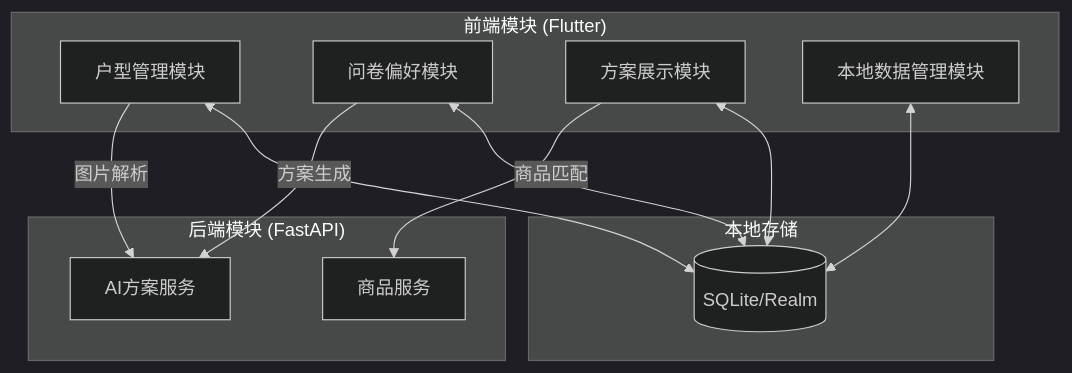
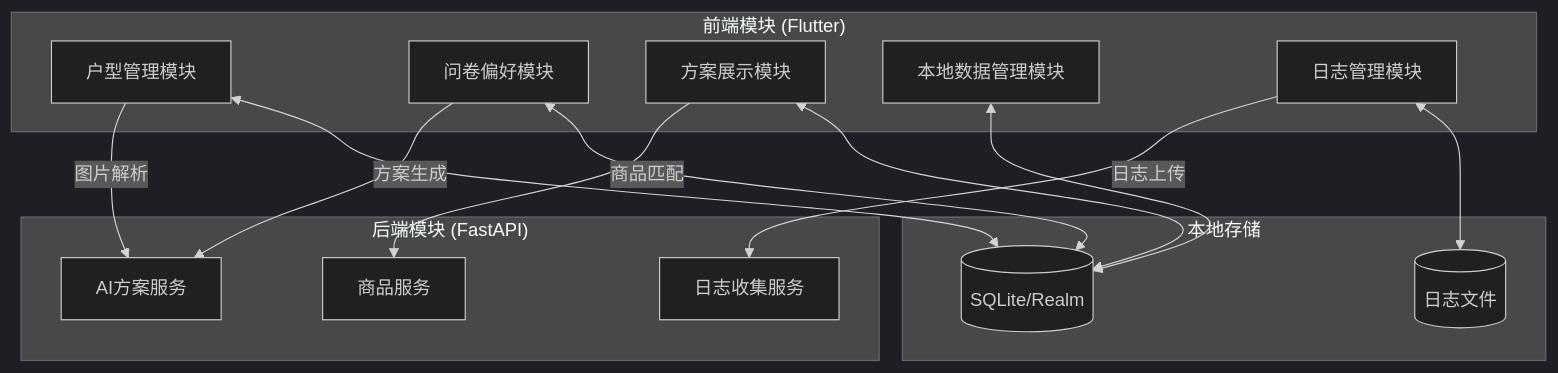
The second of 7 diagrams in docs/ARCH/ARCHITECTURE.md (Blanceone/smart-home), drawn with Mermaid (dark theme) before and after one commit. The commit also changed other lines of this file and 49 other files, not shown here.

````diff
--- a/docs/ARCH/ARCHITECTURE.md
+++ b/docs/ARCH/ARCHITECTURE.md
@@ -158,27 +179,32 @@
 ```mermaid
 flowchart TB
     subgraph Frontend["前端模块 (Flutter)"]
         F1["户型管理模块"]
         F2["问卷偏好模块"]
         F3["方案展示模块"]
         F4["本地数据管理模块"]
+        F5["日志管理模块"]
     end
 
     subgraph Backend["后端模块 (FastAPI)"]
         B1["AI方案服务"]
         B2["商品服务"]
+        B3["日志收集服务"]
     end
 
     subgraph Local["本地存储"]
         DB[(SQLite/Realm)]
+        LF[(日志文件)]
     end
 
     F1 <--> DB
     F2 <--> DB
     F3 <--> DB
     F4 <--> DB
+    F5 <--> LF
     
     F1 -->|"图片解析"| B1
     F2 -->|"方案生成"| B1
     F3 -->|"商品匹配"| B2
+    F5 -->|"日志上传"| B3
 ```
````
